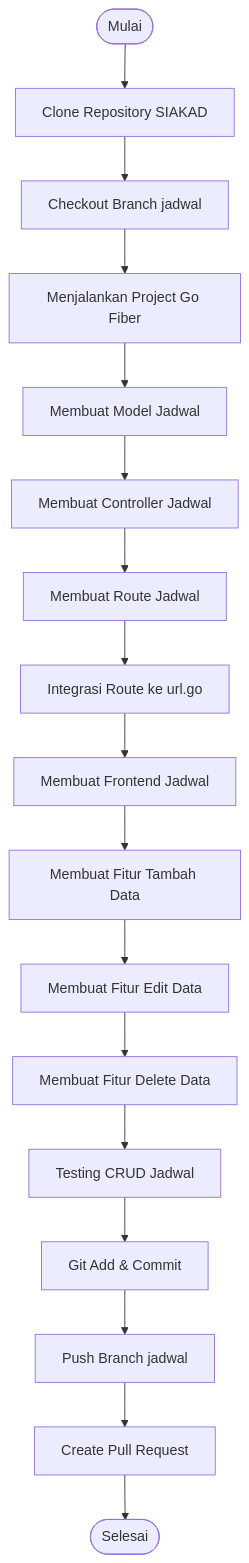
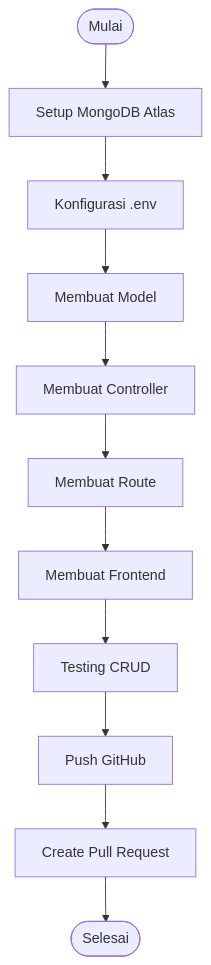
One commit to 24A-TI-ULBI/siakad-2A changed the diagram in README.md. Above: the diagram before and after it, drawn with Mermaid. The commit also changed other lines of this file and 7 other files, not shown here.

Commit message:
feat: implementasi CRUD jadwal & ruangan (backend api, router, dan frontend dashboard)

````diff
--- a/README.md
+++ b/README.md
@@ -62,19 +74,23 @@
 ```mermaid
 flowchart TD
-    A([Mulai]) --> B[Clone Repository SIAKAD]
-    B --> C[Checkout Branch jadwal]
-    C --> D[Menjalankan Project Go Fiber]
-    D --> E[Membuat Model Jadwal]
-    E --> F[Membuat Controller Jadwal]
-    F --> G[Membuat Route Jadwal]
-    G --> H[Integrasi Route ke url.go]
-    H --> I[Membuat Frontend Jadwal]
-    I --> J[Membuat Fitur Tambah Data]
-    J --> K[Membuat Fitur Edit Data]
-    K --> L[Membuat Fitur Delete Data]
-    L --> M[Testing CRUD Jadwal]
-    M --> N[Git Add & Commit]
-    N --> O[Push Branch jadwal]
-    O --> P[Create Pull Request]
-    P --> Q([Selesai])
+
+A([Mulai]) --> B[Setup MongoDB Atlas]
+
+B --> C[Konfigurasi .env]
+
+C --> D[Membuat Model]
+
+D --> E[Membuat Controller]
+
+E --> F[Membuat Route]
+
+F --> G[Membuat Frontend]
+
+G --> H[Testing CRUD]
+
+H --> I[Push GitHub]
+
+I --> J[Create Pull Request]
+
+J --> K([Selesai])
 ```
````
